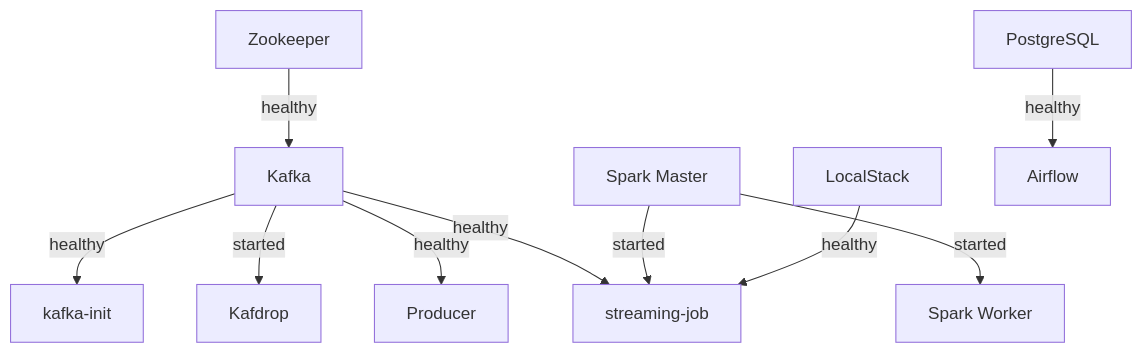
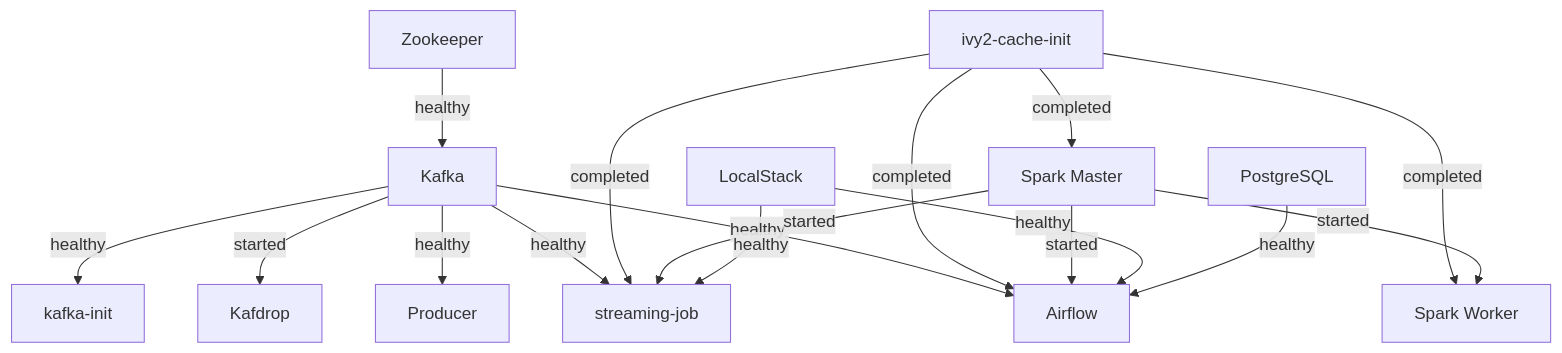
Before and after one commit to rafaelspecta/user-behavior-analytics: the third of 3 diagrams in docs/infrastructure.md, drawn with Mermaid. The commit also changed other lines of this file and 3 other files, not shown here.

First line of the commit message:
docs: update architecture guide, roadmap, infrastructure, and troubleshooting for hybrid architecture

````diff
--- a/docs/infrastructure.md
+++ b/docs/infrastructure.md
@@ -223,15 +268,23 @@
 ```mermaid
 graph TD
     ZK[Zookeeper] -->|healthy| KA[Kafka]
     KA -->|healthy| KI[kafka-init]
     KA -->|started| KD[Kafdrop]
     KA -->|healthy| PR[Producer]
     KA -->|healthy| SJ[streaming-job]
+    KA -->|healthy| AF[Airflow]
 
-    SM[Spark Master] -->|started| SW[Spark Worker]
+    IVY[ivy2-cache-init] -->|completed| SM[Spark Master]
+    IVY -->|completed| SW[Spark Worker]
+    IVY -->|completed| SJ
+    IVY -->|completed| AF
+
+    SM -->|started| SW
     SM -->|started| SJ
+    SM -->|started| AF
 
     LS[LocalStack] -->|healthy| SJ
+    LS -->|healthy| AF
 
-    PG[PostgreSQL] -->|healthy| AF[Airflow]
+    PG[PostgreSQL] -->|healthy| AF
 ```
````
